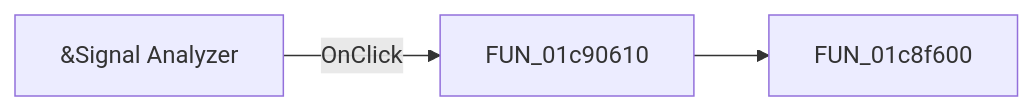
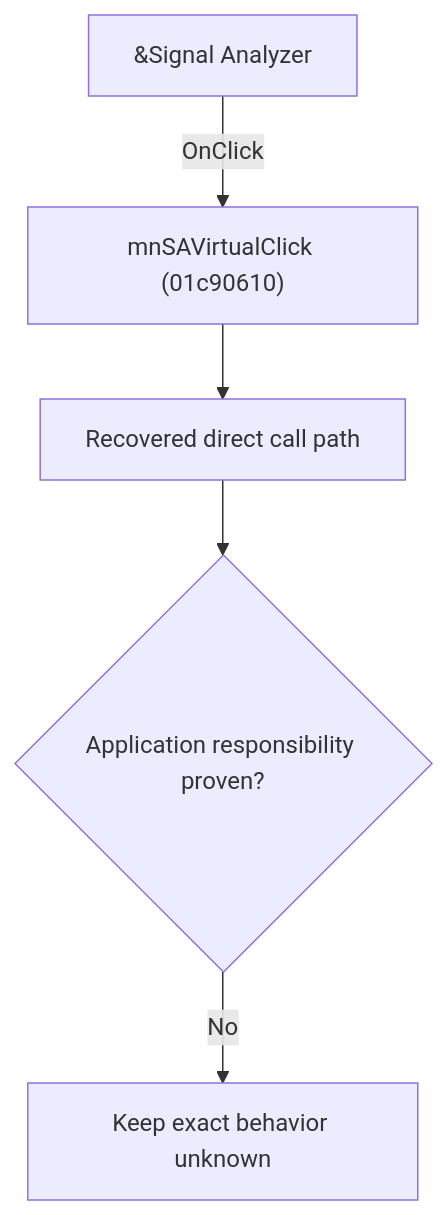
The diagram in docs/ui-controls/schematiceditor/signalanalyzer-40046b9813.md (MovGP0/TIARA), drawn with Mermaid before and after one commit. The commit also changed other lines of this file and 1062 other files, not shown here.

````diff
--- a/docs/ui-controls/schematiceditor/signalanalyzer-40046b9813.md
+++ b/docs/ui-controls/schematiceditor/signalanalyzer-40046b9813.md
@@ -27,5 +27,7 @@
 ```mermaid
-flowchart LR
-    control["&Signal Analyzer"] -->|OnClick| handler["FUN_01c90610"]
-    handler --> call1["FUN_01c8f600"]
+flowchart TD
+    control["&Signal Analyzer"] -->|"OnClick"| handler["mnSAVirtualClick (01c90610)"]
+    handler --> recovered["Recovered direct call path"]
+    recovered --> gap{"Application responsibility proven?"}
+    gap -->|"No"| blocked["Keep exact behavior unknown"]
 ```
````
